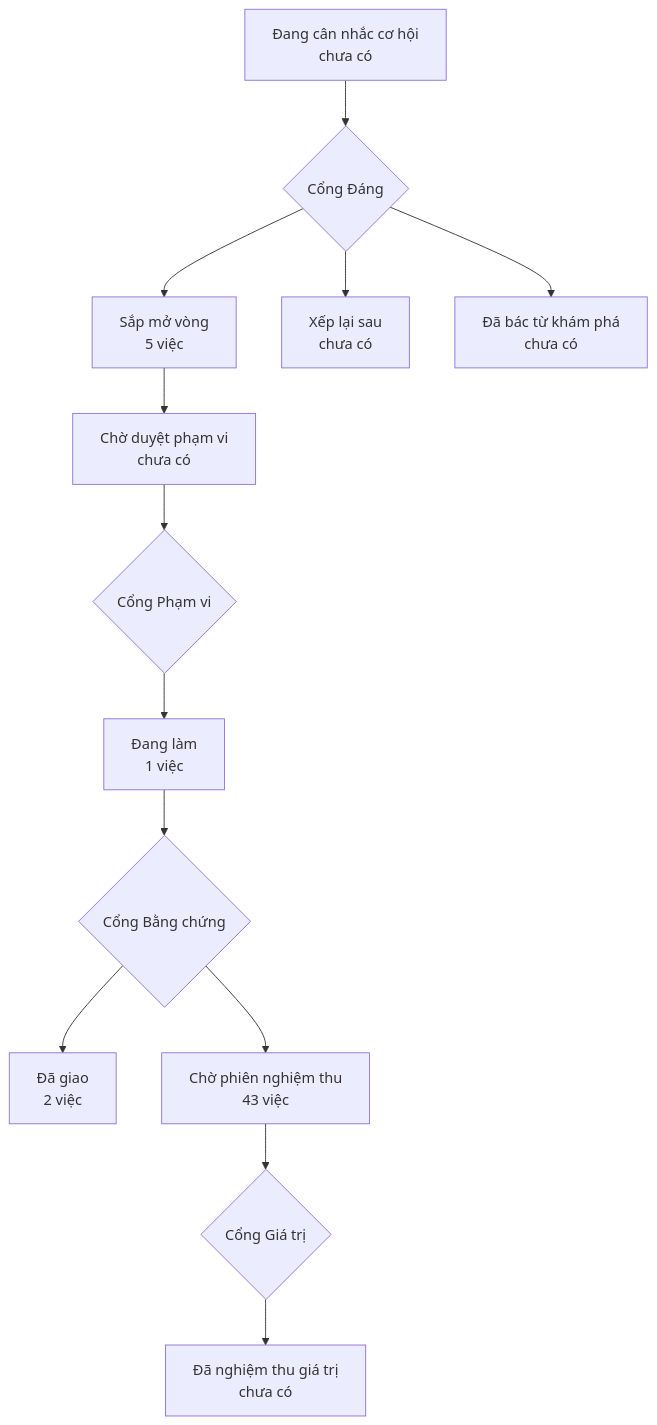
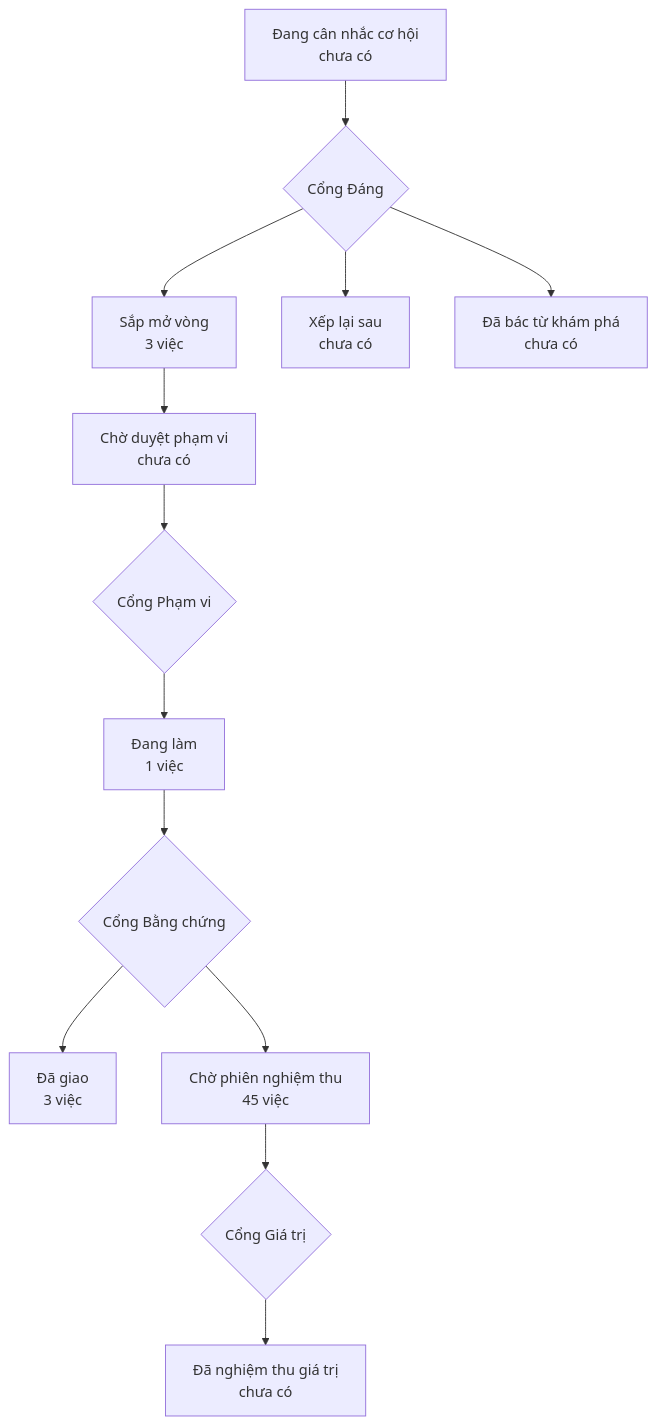
One commit to phanlemanh/onehub-inventory changed the diagram in PRODUCT-MAP.md. Above: the diagram before and after it, drawn with Mermaid. The commit also changed other lines of this file and 3 other files, not shown here.

````diff
--- a/PRODUCT-MAP.md
+++ b/PRODUCT-MAP.md
@@ -7,12 +7,12 @@
 ```mermaid
 flowchart TD
   A["Đang cân nhắc cơ hội<br/>chưa có"] --> GD{"Cổng Đáng"}
-  GD --> B["Sắp mở vòng<br/>5 việc"]
+  GD --> B["Sắp mở vòng<br/>3 việc"]
   GD --> XL["Xếp lại sau<br/>chưa có"]
   GD --> DB["Đã bác từ khám phá<br/>chưa có"]
   B --> CD["Chờ duyệt phạm vi<br/>chưa có"] --> GP{"Cổng Phạm vi"}
   GP --> DL["Đang làm<br/>1 việc"] --> GB{"Cổng Bằng chứng"}
-  GB --> DG["Đã giao<br/>2 việc"]
-  GB --> CN["Chờ phiên nghiệm thu<br/>43 việc"] --> GG{"Cổng Giá trị"}
+  GB --> DG["Đã giao<br/>3 việc"]
+  GB --> CN["Chờ phiên nghiệm thu<br/>45 việc"] --> GG{"Cổng Giá trị"}
   GG --> NT["Đã nghiệm thu giá trị<br/>chưa có"]
 ```
````
